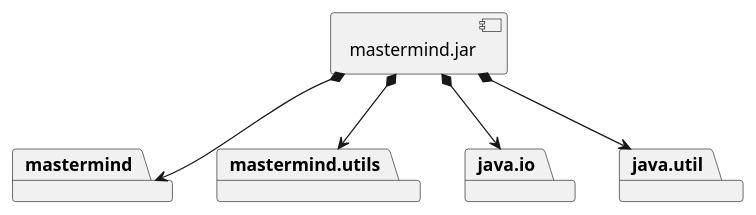
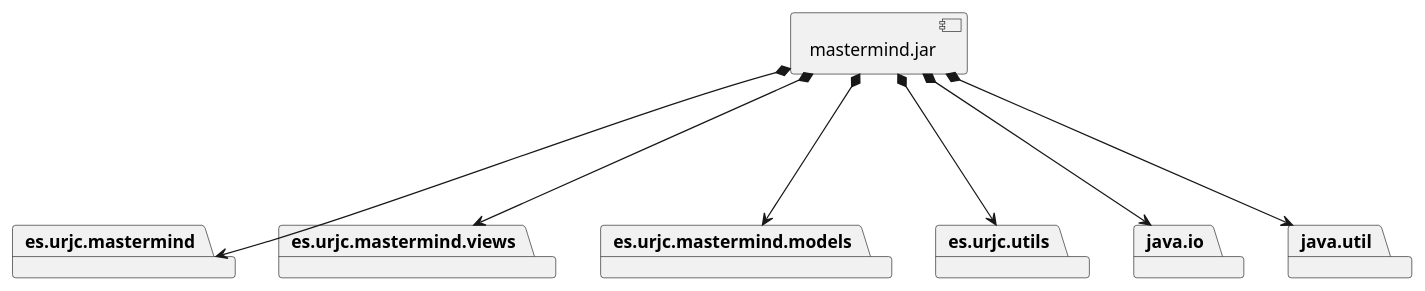
One commit to TheMercuryBeat/MasterMind changed the diagram in docs/uml/MasterMindDevelopment.puml. Above: the diagram before and after it, drawn with PlantUML. The commit also changed 9 other files, not shown here.

Commit message:
Add views and models diagrams Update docs

```diff
--- a/docs/uml/MasterMindDevelopment.puml
+++ b/docs/uml/MasterMindDevelopment.puml
@@ -1,18 +1,24 @@
 @startuml
 
-package "  "  as mastermind {
+package "  "  as es.urjc.mastermind {
 }
-package "  "  as mastermind.utils {
+package "  "  as es.urjc.mastermind.views {
+}
+package "  "  as es.urjc.mastermind.models {
+}
+package "  "  as es.urjc.utils {
 }
 package "  "  as java.io {
 }
 package "  "  as java.util {
 }
 
 [mastermind.jar]
-mastermind.jar *--> mastermind
-mastermind.jar *--> mastermind.utils
-mastermind.jar *--> java.io
-mastermind.jar *--> java.util
+mastermind.jar *---> es.urjc.mastermind
+mastermind.jar *---> es.urjc.mastermind.models
+mastermind.jar *---> es.urjc.mastermind.views
+mastermind.jar *---> es.urjc.utils
+mastermind.jar *---> java.io
+mastermind.jar *---> java.util
 
 @enduml
```
